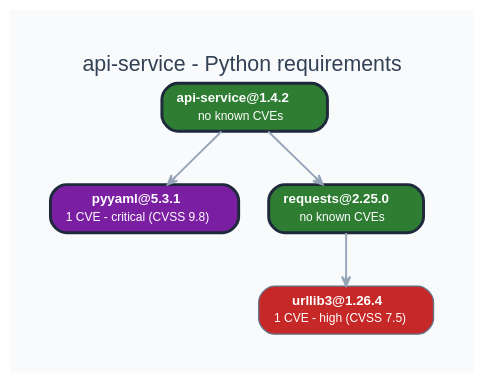
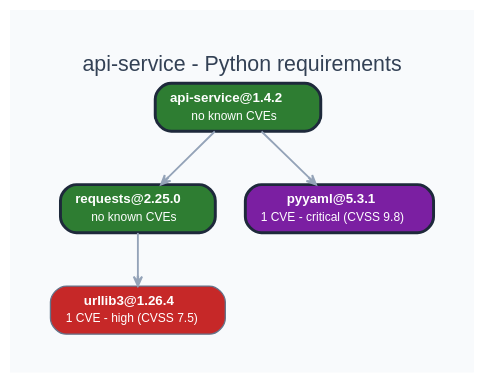
Before and after one commit to vulnex/usecvislib-gallery: the diagram in 13 Vulnerability Tree/python_requirements (tml)/critical_path__graphviz.dot, drawn with Graphviz. The commit also changed 333 other files, not shown here.

```diff
--- a/13 Vulnerability Tree/python_requirements (tml)/critical_path__graphviz.dot
+++ b/13 Vulnerability Tree/python_requirements (tml)/critical_path__graphviz.dot
@@ -1,85 +1,85 @@
 digraph "api-service - Python requirements" {
 	graph [bb="0,0,290,214",
 		bgcolor="#f8fafc",
 		fontcolor="#334155",
 		fontname=Helvetica,
 		fontsize=16,
 		label="api-service - Python requirements",
 		labelloc=t,
 		lheight=0.25,
 		lp="145,201",
 		lwidth=3.81,
 		nodesep=0.3,
 		pad=0.4,
 		rankdir=TB,
 		ranksep=0.55
 	];
 	node [label="\N"];
 	"api-service"	[color="#1e293b",
 		fillcolor="#2e7d32",
 		fontcolor="#ffffff",
 		fontname=Helvetica,
 		fontsize=10,
 		height=0.5,
 		label=<<TABLE BORDER="0" CELLBORDER="0" CELLSPACING="0" CELLPADDING="1"><TR><TD><B>api-service@1.4.2</B></TD></TR><TR><TD><FONT POINT-SIZE="9">no known CVEs</FONT></TD></TR></TABLE>>,
 		margin="0.14,0.07",
 		penwidth=2.2,
-		pos="147,170",
+		pos="142,170",
 		shape=box,
 		style="rounded,filled",
 		width=1.7222];
+	requests	[color="#1e293b",
+		fillcolor="#2e7d32",
+		fontcolor="#ffffff",
+		fontname=Helvetica,
+		fontsize=10,
+		height=0.5,
+		label=<<TABLE BORDER="0" CELLBORDER="0" CELLSPACING="0" CELLPADDING="1"><TR><TD><B>requests@2.25.0</B></TD></TR><TR><TD><FONT POINT-SIZE="9">no known CVEs</FONT></TD></TR></TABLE>>,
+		margin="0.14,0.07",
+		penwidth=2.2,
+		pos="67,94",
+		shape=box,
+		style="rounded,filled",
+		width=1.6111];
+	"api-service" -> requests	[arrowhead=vee,
+		arrowsize=0.7,
+		color="#94a3b8",
+		penwidth=1.4,
+		pos="e,84.301,112.07 124.6,151.84 114.1,141.47 100.6,128.15 89.313,117.02"];
 	pyyaml	[color="#1e293b",
 		fillcolor="#7b1fa2",
 		fontcolor="#ffffff",
 		fontname=Helvetica,
 		fontsize=10,
 		height=0.5,
 		label=<<TABLE BORDER="0" CELLBORDER="0" CELLSPACING="0" CELLPADDING="1"><TR><TD><B>pyyaml@5.3.1</B></TD></TR><TR><TD><FONT POINT-SIZE="9">1 CVE - critical (CVSS 9.8)</FONT></TD></TR></TABLE>>,
 		margin="0.14,0.07",
 		penwidth=2.2,
-		pos="72,94",
+		pos="218,94",
 		shape=box,
 		style="rounded,filled",
 		width=1.9583];
 	"api-service" -> pyyaml	[arrowhead=vee,
 		arrowsize=0.7,
 		color="#94a3b8",
 		penwidth=1.4,
-		pos="e,89.301,112.07 129.6,151.84 119.1,141.47 105.6,128.15 94.313,117.02"];
-	requests	[color="#1e293b",
-		fillcolor="#2e7d32",
-		fontcolor="#ffffff",
-		fontname=Helvetica,
-		fontsize=10,
-		height=0.5,
-		label=<<TABLE BORDER="0" CELLBORDER="0" CELLSPACING="0" CELLPADDING="1"><TR><TD><B>requests@2.25.0</B></TD></TR><TR><TD><FONT POINT-SIZE="9">no known CVEs</FONT></TD></TR></TABLE>>,
-		margin="0.14,0.07",
-		penwidth=2.2,
-		pos="223,94",
-		shape=box,
-		style="rounded,filled",
-		width=1.6111];
-	"api-service" -> requests	[arrowhead=vee,
-		arrowsize=0.7,
-		color="#94a3b8",
-		penwidth=1.4,
-		pos="e,205.47,112.07 164.63,151.84 175.27,141.47 188.95,128.15 200.39,117.02"];
+		pos="e,200.47,112.07 159.63,151.84 170.27,141.47 183.95,128.15 195.39,117.02"];
 	urllib3	[color="#64748b",
 		fillcolor="#c62828",
 		fontcolor="#ffffff",
 		fontname=Helvetica,
 		fontsize=10,
 		height=0.5,
 		label=<<TABLE BORDER="0" CELLBORDER="0" CELLSPACING="0" CELLPADDING="1"><TR><TD><B>urllib3@1.26.4</B></TD></TR><TR><TD><FONT POINT-SIZE="9">1 CVE - high (CVSS 7.5)</FONT></TD></TR></TABLE>>,
 		margin="0.14,0.07",
 		penwidth=1,
-		pos="223,18",
+		pos="67,18",
 		shape=box,
 		style="rounded,filled",
 		width=1.8194];
 	requests -> urllib3	[arrowhead=vee,
 		arrowsize=0.7,
 		color="#94a3b8",
 		penwidth=1.4,
-		pos="e,223,36.07 223,75.837 223,66.124 223,53.821 223,43.147"];
+		pos="e,67,36.07 67,75.837 67,66.124 67,53.821 67,43.147"];
 }
```
